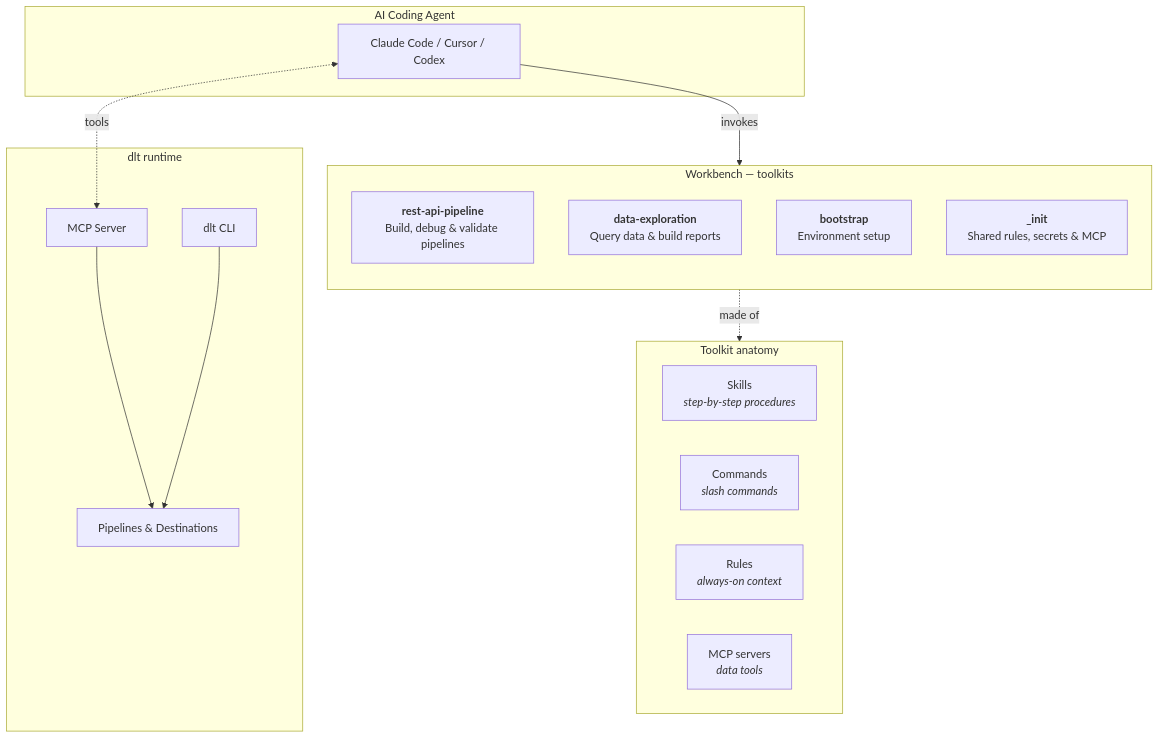
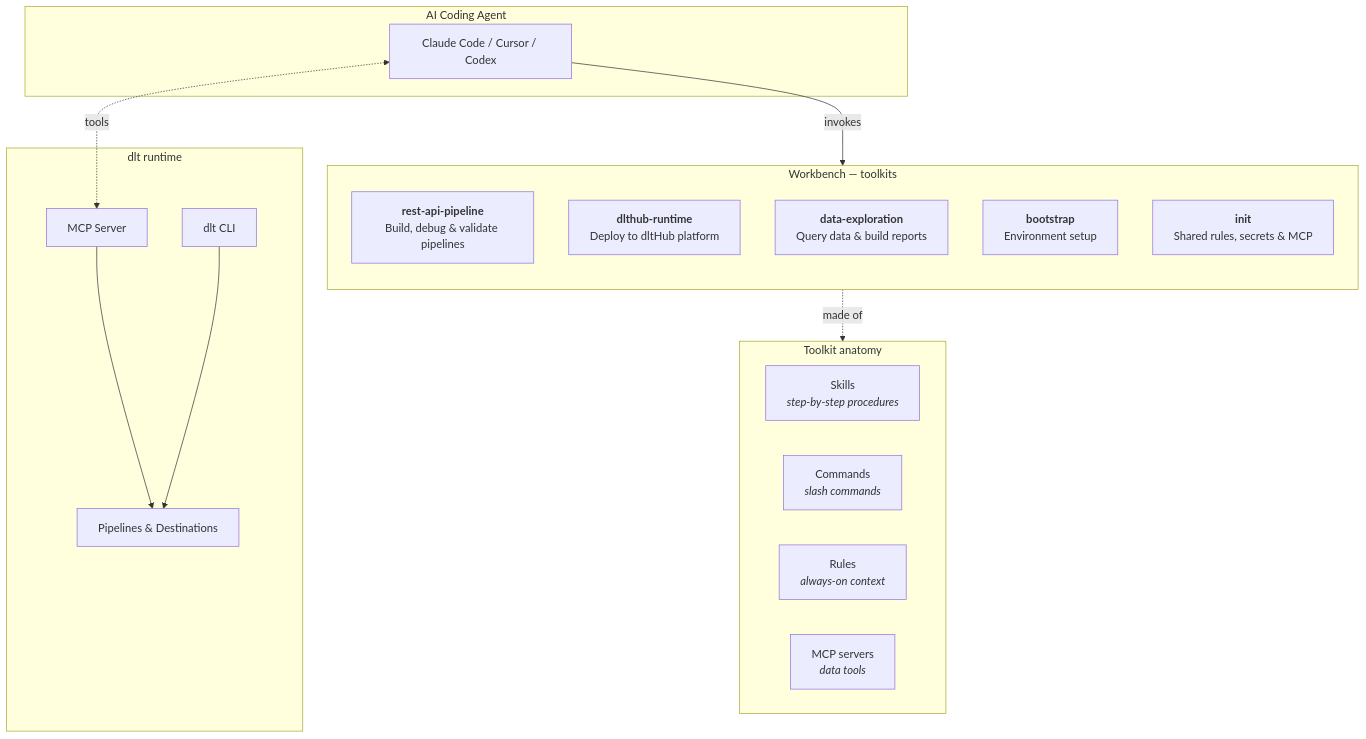
Before and after one commit to dlt-hub/dlthub-ai-harness: the diagram in README.md, drawn with Mermaid. The commit also changed other lines of this file and 63 other files, not shown here.

````diff
--- a/README.md
+++ b/README.md
@@ -44,34 +55,35 @@
 ```mermaid
 graph TB
     subgraph Agent["AI Coding Agent"]
         A["Claude Code / Cursor / Codex"]
     end
 
     subgraph WB["Workbench — toolkits"]
         direction TB
         T2["<b>rest-api-pipeline</b><br/>Build, debug &amp; validate pipelines"]
+        T4["<b>dlthub-runtime</b><br/>Deploy to dltHub platform"]
         T3["<b>data-exploration</b><br/>Query data &amp; build reports"]
         T1["<b>bootstrap</b><br/>Environment setup"]
-        INIT["<b>_init</b><br/>Shared rules, secrets &amp; MCP"]
+        INIT["<b>init</b><br/>Shared rules, secrets &amp; MCP"]
     end
 
     subgraph Components["Toolkit anatomy"]
         direction LR
         SK["Skills<br/><i>step-by-step procedures</i>"]
         CMD["Commands<br/><i>slash commands</i>"]
         RU["Rules<br/><i>always-on context</i>"]
         MC["MCP servers<br/><i>data tools</i>"]
     end
 
     subgraph DLT["dlt runtime"]
         MCP["MCP Server"]
         CLI["dlt CLI"]
         PIPE["Pipelines &amp; Destinations"]
     end
 
     A -- invokes --> WB
     WB -. made of .-> Components
     A <-. tools .-> MCP
     MCP --> PIPE
     CLI --> PIPE
 ```
````
